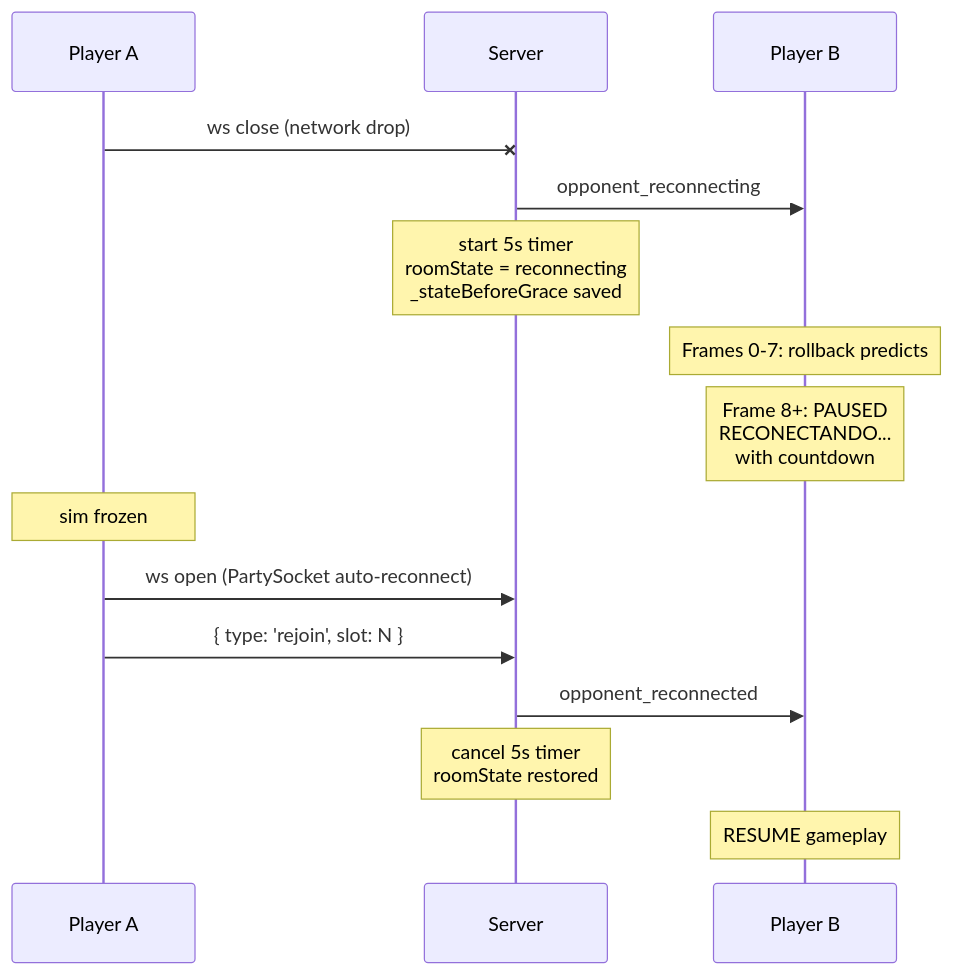
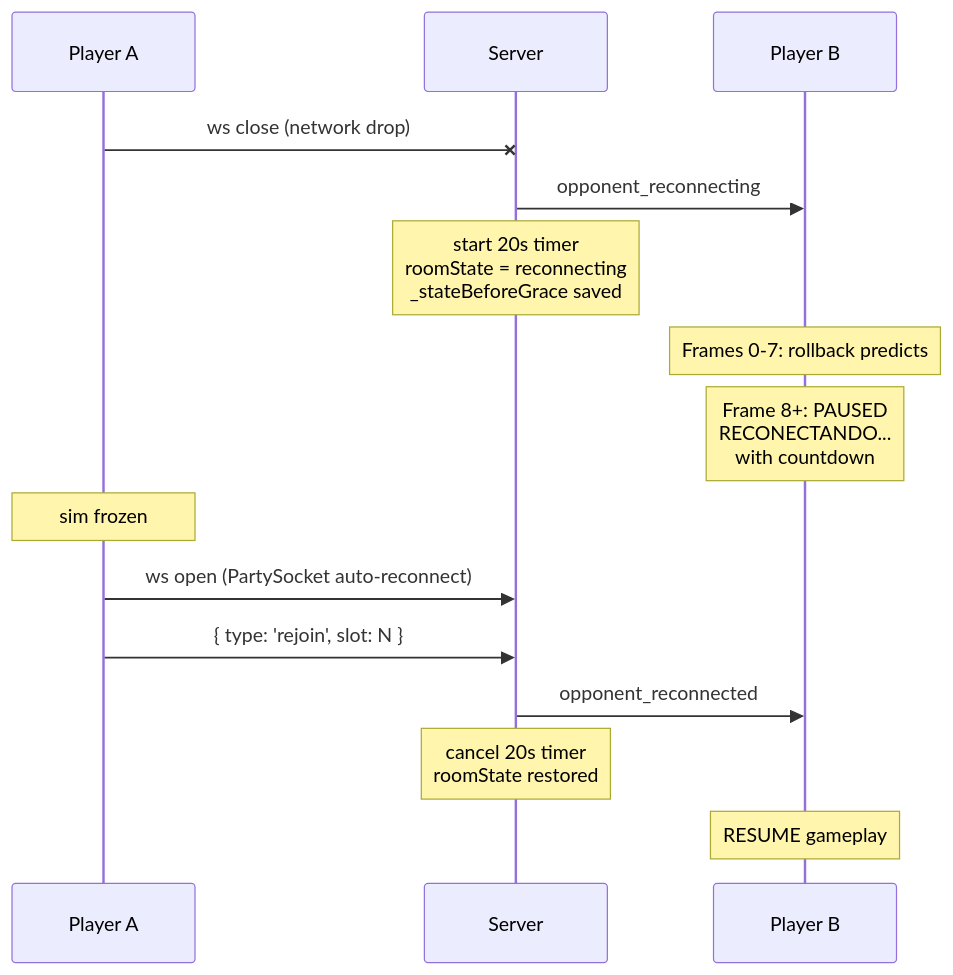
One commit to simon0191/a-los-traques changed the second of 4 diagrams in docs/graceful-reconnection.md. Above: the diagram before and after it, drawn with Mermaid. The commit also changed other lines of this file and 9 other files, not shown here.

First line of the commit message:
Fix reconnecting player rejected as full during grace period (#26)

````diff
--- a/docs/graceful-reconnection.md
+++ b/docs/graceful-reconnection.md
@@ -29,19 +29,19 @@
 ```mermaid
 sequenceDiagram
     participant A as Player A
     participant S as Server
     participant B as Player B
 
     A-xS: ws close (network drop)
     S->>B: opponent_reconnecting
-    Note over S: start 5s timer<br/>roomState = reconnecting<br/>_stateBeforeGrace saved
+    Note over S: start 20s timer<br/>roomState = reconnecting<br/>_stateBeforeGrace saved
     Note over B: Frames 0-7: rollback predicts
     Note over B: Frame 8+: PAUSED<br/>RECONECTANDO...<br/>with countdown
     Note over A: sim frozen
 
     A->>S: ws open (PartySocket auto-reconnect)
     A->>S: { type: 'rejoin', slot: N }
     S->>B: opponent_reconnected
-    Note over S: cancel 5s timer<br/>roomState restored
+    Note over S: cancel 20s timer<br/>roomState restored
     Note over B: RESUME gameplay
 ```
````
